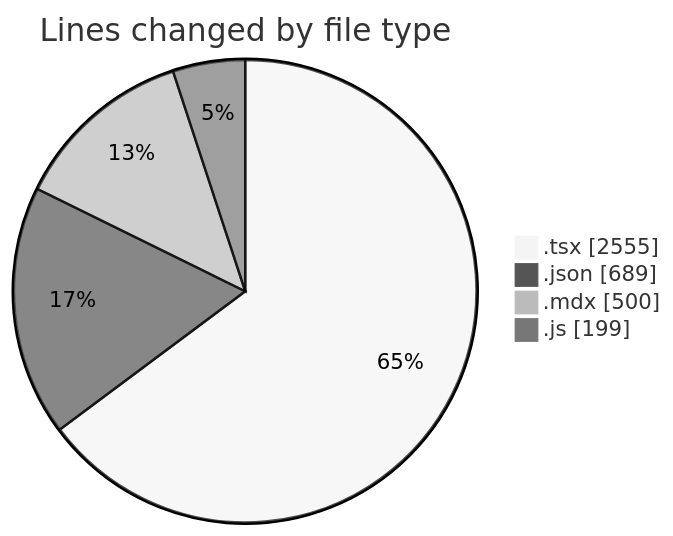
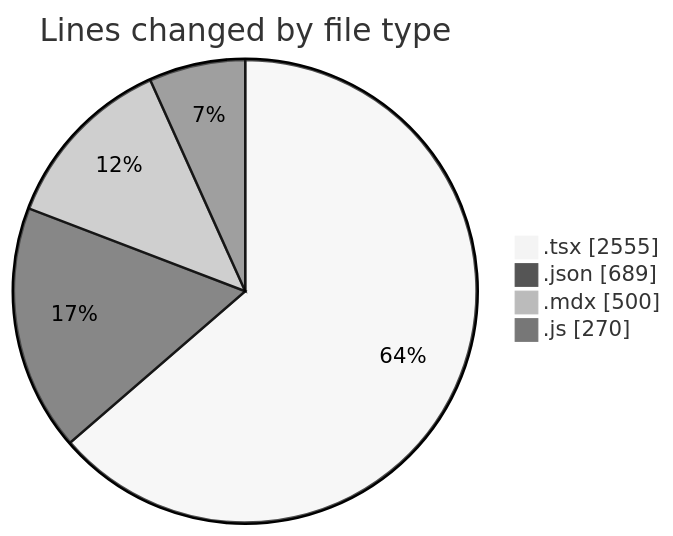
Before and after one commit to momahboobian/code-tracking: the first of 2 diagrams in 2026-01-12/cda/README.md, drawn with Mermaid (neutral theme). The commit also changed other lines of this file and 1 other file, not shown here.

````diff
--- a/2026-01-12/cda/README.md
+++ b/2026-01-12/cda/README.md
@@ -28,8 +29,8 @@
 ```mermaid
 pie showData
 title Lines changed by file type
 ".tsx" : 2555
 ".json" : 689
 ".mdx" : 500
-".js" : 199
+".js" : 270
 ```
````
